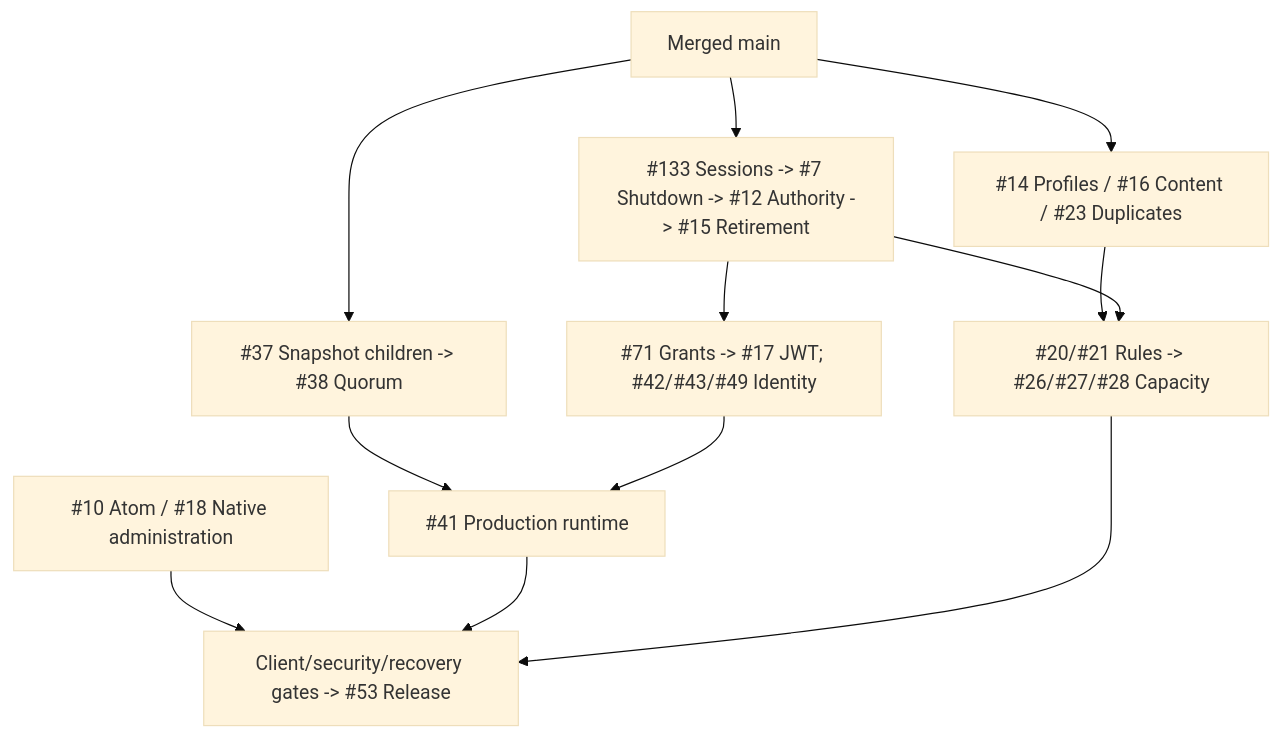
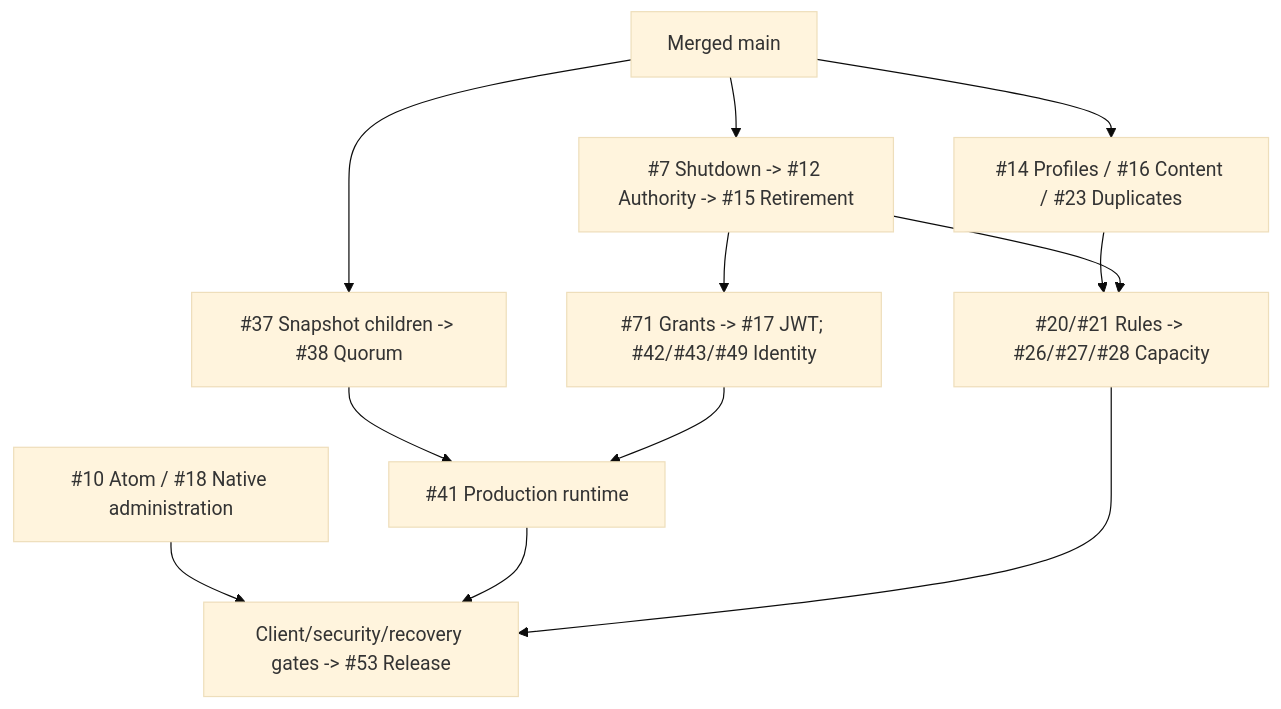
The first of 2 diagrams in docs/roadmap.md (DeandreT/switchyard), drawn with Mermaid (base theme) before and after one commit. The commit also changed other lines of this file and 9 other files, not shown here.

````diff
--- a/docs/roadmap.md
+++ b/docs/roadmap.md
@@ -32,14 +32,14 @@
 ```mermaid
 flowchart TD
-    Main["Merged main"] --> Lifecycle["#133 Sessions -> #7 Shutdown -> #12 Authority -> #15 Retirement"]
+    Main["Merged main"] --> Lifecycle["#7 Shutdown -> #12 Authority -> #15 Retirement"]
     Main --> Domain["#14 Profiles / #16 Content / #23 Duplicates"]
     Domain --> Semantics["#20/#21 Rules -> #26/#27/#28 Capacity"]
     Lifecycle --> Semantics
     Main --> Recovery["#37 Snapshot children -> #38 Quorum"]
     Recovery --> Runtime["#41 Production runtime"]
     Lifecycle --> Security["#71 Grants -> #17 JWT; #42/#43/#49 Identity"]
     Security --> Runtime
     Admin["#10 Atom / #18 Native administration"] --> Gates["Client/security/recovery gates -> #53 Release"]
     Runtime --> Gates
     Semantics --> Gates
 ```
````
